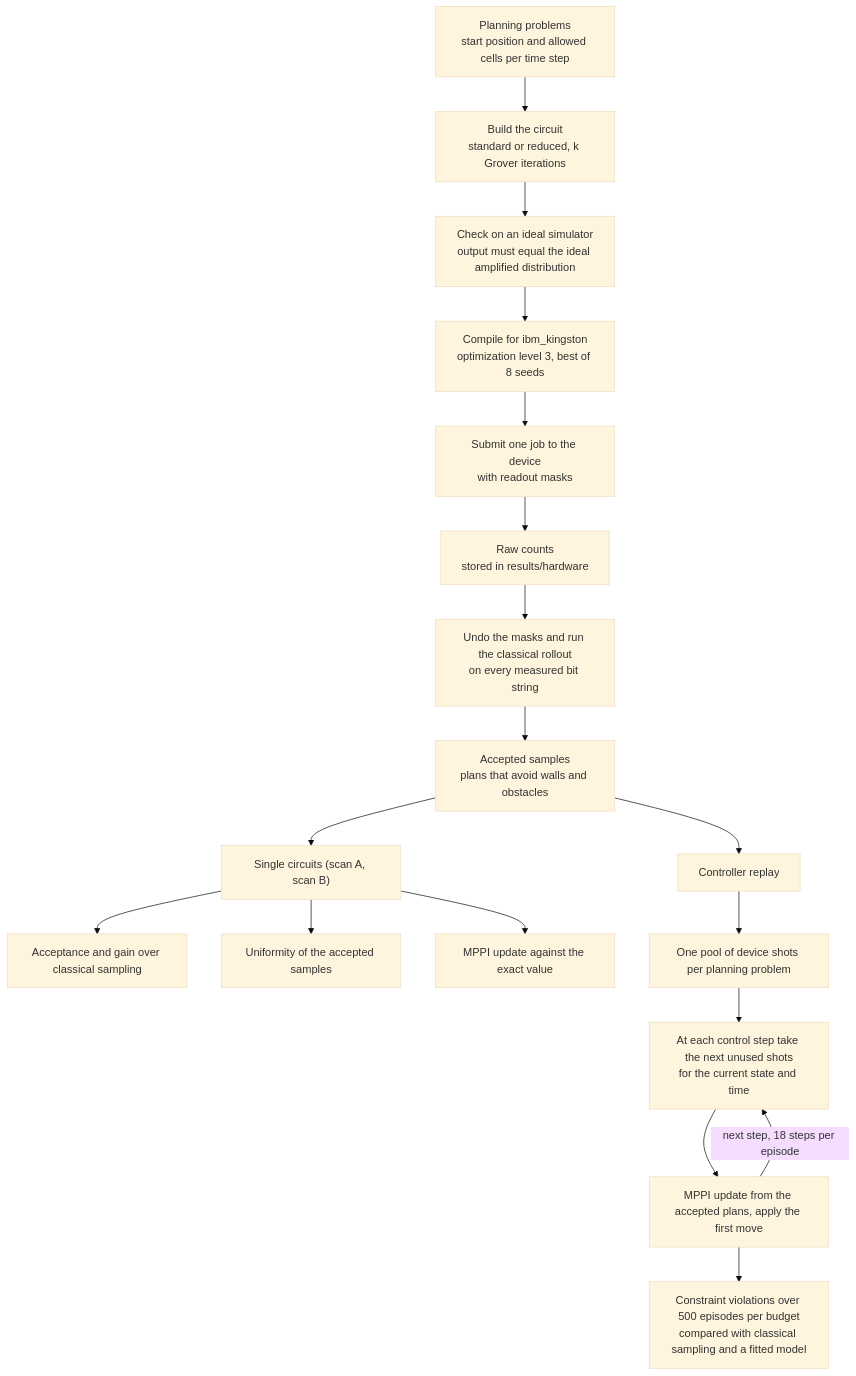
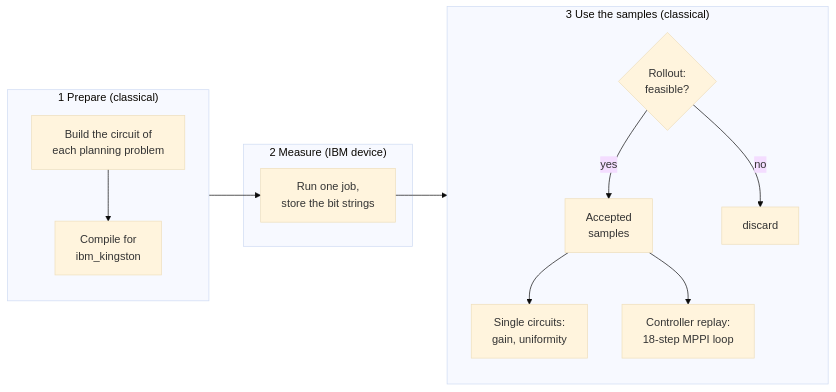
The second of 2 diagrams in README.md (das-goutam/quantum_mppi_demo), drawn with Mermaid (base theme) before and after one commit. The commit also changed other lines of this file, not shown here.

Commit message:
Revise hardware experiment flowchart and descriptions
Updated flowchart and clarified device usage stages.

````diff
--- a/README.md
+++ b/README.md
@@ -241,22 +241,18 @@
 ```mermaid
-flowchart TD
-    A["Planning problems<br/>start position and allowed cells per time step"] --> B["Build the circuit<br/>standard or reduced, k Grover iterations"]
-    B --> C["Check on an ideal simulator<br/>output must equal the ideal amplified distribution"]
-    C --> D["Compile for ibm_kingston<br/>optimization level 3, best of 8 seeds"]
-    D --> E["Submit one job to the device<br/>with readout masks"]
-    E --> F["Raw counts<br/>stored in results/hardware"]
-    F --> G["Undo the masks and run the classical rollout<br/>on every measured bit string"]
-    G --> H["Accepted samples<br/>plans that avoid walls and obstacles"]
-
-    H --> I["Single circuits (scan A, scan B)"]
-    I --> I1["Acceptance and gain over classical sampling"]
-    I --> I2["Uniformity of the accepted samples"]
-    I --> I3["MPPI update against the exact value"]
-
-    H --> J["Controller replay"]
-    J --> J1["One pool of device shots per planning problem"]
-    J1 --> J2["At each control step take the next unused shots<br/>for the current state and time"]
-    J2 --> J3["MPPI update from the accepted plans, apply the first move"]
-    J3 -->|"next step, 18 steps per episode"| J2
-    J3 --> J4["Constraint violations over 500 episodes per budget<br/>compared with classical sampling and a fitted model"]
+flowchart LR
+    subgraph P["1 Prepare (classical)"]
+        direction TB
+        A["Build the circuit of<br/>each planning problem"] --> B["Compile for<br/>ibm_kingston"]
+    end
+    subgraph Q["2 Measure (IBM device)"]
+        C["Run one job,<br/>store the bit strings"]
+    end
+    subgraph K["3 Use the samples (classical)"]
+        direction TB
+        V{"Rollout:<br/>feasible?"} -- yes --> H["Accepted<br/>samples"]
+        V -- no --> X["discard"]
+        H --> I["Single circuits:<br/>gain, uniformity"]
+        H --> J["Controller replay:<br/>18-step MPPI loop"]
+    end
+    B --> C --> V
 ```
````
